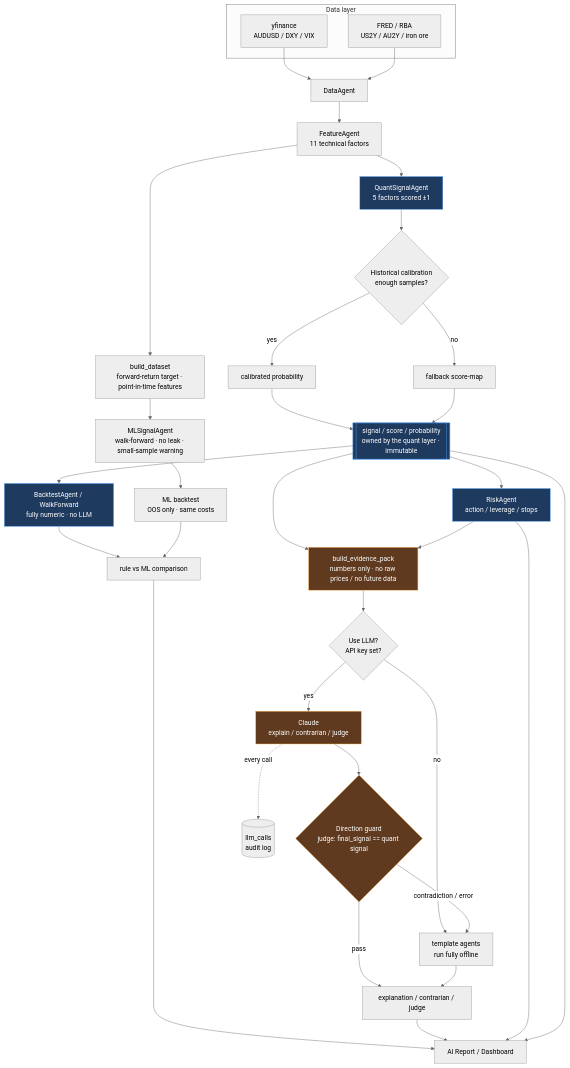
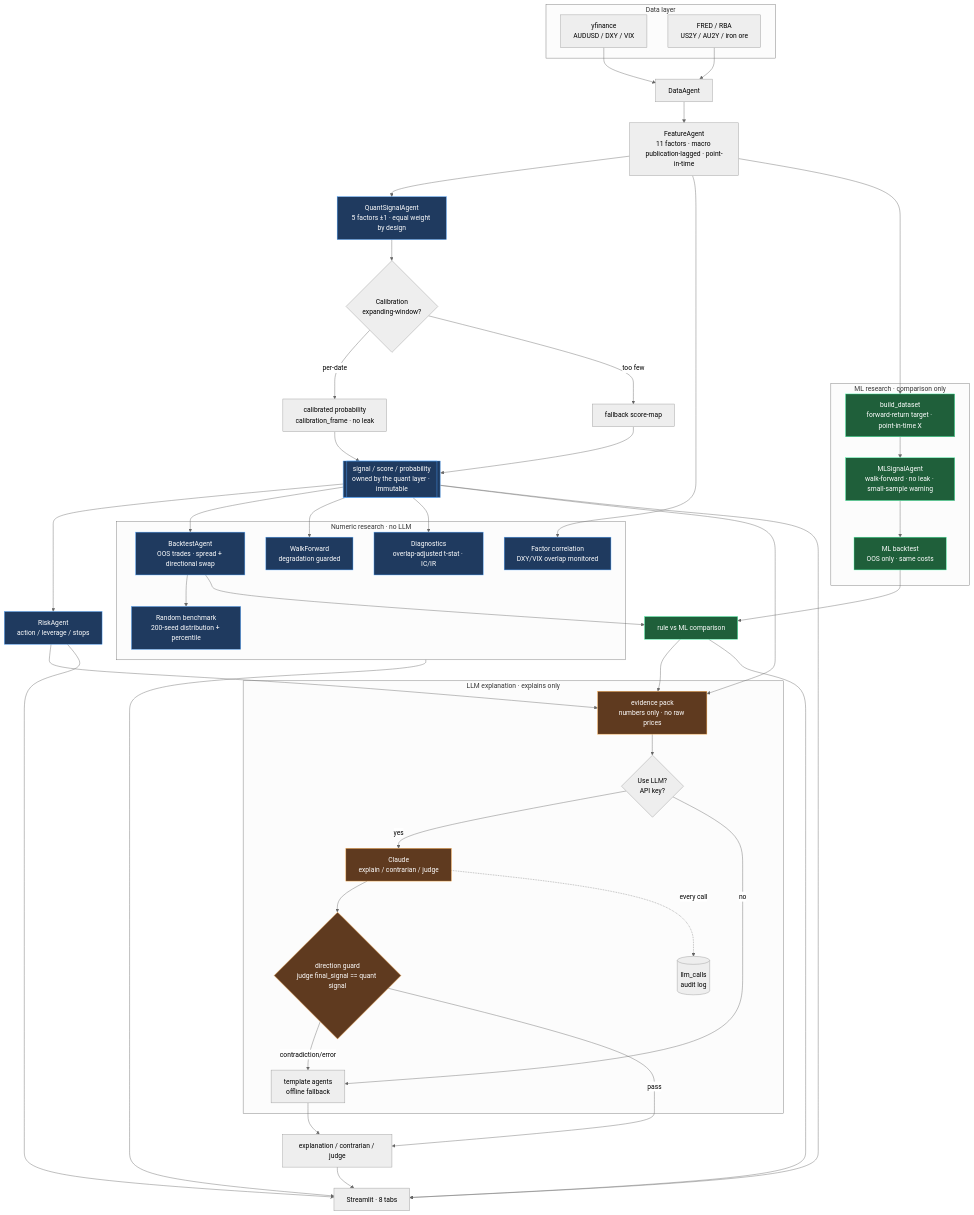
One commit to lvyongyu/AlphaFX changed the diagram in docs/architecture.md. Above: the diagram before and after it, drawn with Mermaid (neutral theme). The commit also changed other lines of this file, not shown here.

Commit message:
docs: rewrite architecture flowchart for full pipeline
Replace the tacked-on ML branch with a single layered diagram covering data ->
point-in-time features -> equal-weight signal -> calibration -> risk, the
numeric research block (cost/swap backtest, guarded walk-forward, overlap-
adjusted diagnostics, factor correlation, random distribution), the ML
research branch (OOS-only, comparison only), and the LLM explanation layer
(guard + fallback + audit). Both boundaries are explicit: quant owns the
signal, and no look-ahead.

````diff
--- a/docs/architecture.md
+++ b/docs/architecture.md
@@ -6,52 +14,76 @@
 ```mermaid
 flowchart TD
     subgraph DATA["Data layer"]
         Y[yfinance<br/>AUDUSD / DXY / VIX]
         F[FRED / RBA<br/>US2Y / AU2Y / iron ore]
     end
     Y --> DA[DataAgent]
     F --> DA
-    DA --> FE[FeatureAgent<br/>11 technical factors]
-    FE --> QS[QuantSignalAgent<br/>5 factors scored ±1]
+    DA --> FE[FeatureAgent<br/>11 factors · macro publication-lagged · point-in-time]
+    FE --> QS[QuantSignalAgent<br/>5 factors ±1 · equal weight by design]
 
-    QS --> CAL{Historical calibration<br/>enough samples?}
-    CAL -- yes --> CP[calibrated probability]
-    CAL -- no --> FB[fallback score-map]
+    QS --> CAL{Calibration<br/>expanding-window?}
+    CAL -- per-date --> CP[calibrated probability<br/>calibration_frame · no leak]
+    CAL -- too few --> FB[fallback score-map]
     CP --> SIG[[signal / score / probability<br/>owned by the quant layer · immutable]]
     FB --> SIG
 
     SIG --> RISK[RiskAgent<br/>action / leverage / stops]
 
-    %% Numeric-only branch — never calls the LLM
-    SIG --> BT[BacktestAgent / WalkForward<br/>fully numeric · no LLM]
+    %% Numeric research — never calls the LLM
+    subgraph NUM["Numeric research · no LLM"]
+        BT[BacktestAgent<br/>OOS trades · spread + directional swap]
+        WF[WalkForward<br/>degradation guarded]
+        DIAG[Diagnostics<br/>overlap-adjusted t-stat · IC/IR]
+        CORR[Factor correlation<br/>DXY/VIX overlap monitored]
+        RND[Random benchmark<br/>200-seed distribution + percentile]
+    end
+    SIG --> BT
+    SIG --> WF
+    SIG --> DIAG
+    FE --> CORR
+    BT --> RND
 
     %% ML research comparison — rule signal stays primary
-    FE --> DS[build_dataset<br/>forward-return target · point-in-time features]
-    DS --> ML2[MLSignalAgent<br/>walk-forward · no leak · small-sample warning]
-    ML2 --> MLBT[ML backtest<br/>OOS only · same costs]
+    subgraph MLB["ML research · comparison only"]
+        DS[build_dataset<br/>forward-return target · point-in-time X]
+        ML2[MLSignalAgent<br/>walk-forward · no leak · small-sample warning]
+        MLBT[ML backtest<br/>OOS only · same costs]
+    end
+    FE --> DS --> ML2 --> MLBT
     BT --> CMP[rule vs ML comparison]
     MLBT --> CMP
-    CMP --> UI
 
-    %% LLM explanation layer
-    SIG --> EV[build_evidence_pack<br/>numbers only · no raw prices / no future data]
+    %% LLM explanation layer — explains, never sets the signal
+    subgraph LLMX["LLM explanation · explains only"]
+        EV[evidence pack<br/>numbers only · no raw prices]
+        TOG{Use LLM?<br/>API key?}
+        LLM[Claude<br/>explain / contrarian / judge]
+        GUARD{direction guard<br/>judge final_signal == quant signal}
+        TPL[template agents<br/>offline fallback]
+        LOG[(llm_calls<br/>audit log)]
+    end
+    SIG --> EV
     RISK --> EV
-    EV --> TOG{Use LLM?<br/>API key set?}
-    TOG -- no --> TPL[template agents<br/>run fully offline]
-    TOG -- yes --> LLM[Claude<br/>explain / contrarian / judge]
-
-    LLM --> GUARD{Direction guard<br/>judge: final_signal == quant signal}
-    GUARD -- contradiction / error --> TPL
+    CMP --> EV
+    EV --> TOG
+    TOG -- yes --> LLM --> GUARD
+    TOG -- no --> TPL
+    GUARD -- contradiction/error --> TPL
     GUARD -- pass --> OUT[explanation / contrarian / judge]
     TPL --> OUT
-    LLM -. every call .-> LOG[(llm_calls<br/>audit log)]
+    LLM -. every call .-> LOG
 
-    OUT --> UI[AI Report / Dashboard]
+    SIG --> UI[Streamlit · 8 tabs]
     RISK --> UI
-    SIG --> UI
+    NUM --> UI
+    CMP --> UI
+    OUT --> UI
 
     classDef quant fill:#1f3a5f,stroke:#4da3ff,color:#fff;
     classDef llm fill:#5f3a1f,stroke:#ffae4d,color:#fff;
-    class SIG,QS,RISK,BT quant;
+    classDef ml fill:#1f5f3a,stroke:#4dffae,color:#fff;
+    class SIG,QS,RISK,BT,WF,DIAG,CORR,RND quant;
     class LLM,EV,GUARD llm;
+    class DS,ML2,MLBT,CMP ml;
 ```
````
